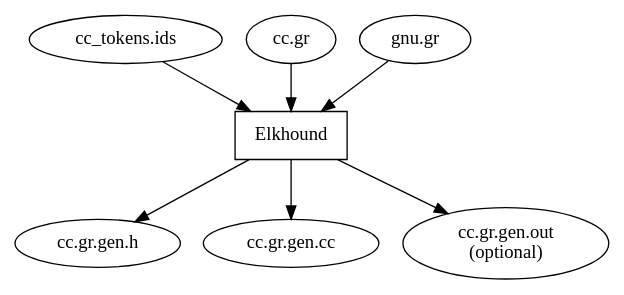
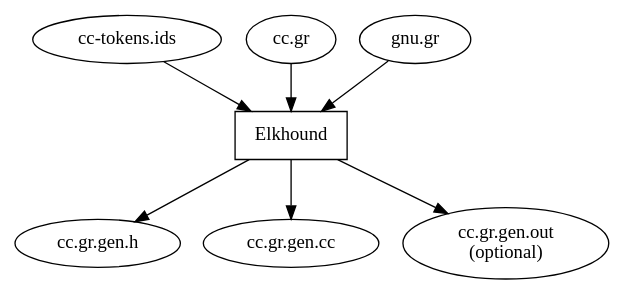
Before and after one commit to smcpeak/elsa: the diagram in doc/parser_build.dot, drawn with Graphviz. The commit also changed 13 other files, not shown here.

```diff
--- a/doc/parser_build.dot
+++ b/doc/parser_build.dot
@@ -1,17 +1,17 @@
 // parser_build.dot
 // information flow for building the Elsa parser
 
 digraph "Elsa Parser Build Process" {
 
-  "cc_tokens.ids" -> "Elkhound";
+  "cc-tokens.ids" -> "Elkhound";
   "cc.gr" -> "Elkhound";
   "gnu.gr" -> "Elkhound";
 
   "Elkhound" [
     shape = rectangle
   ];
 
   "Elkhound" -> "cc.gr.gen.h";
   "Elkhound" -> "cc.gr.gen.cc";
   "Elkhound" -> "cc.gr.gen.out\n(optional)";
 }
```
